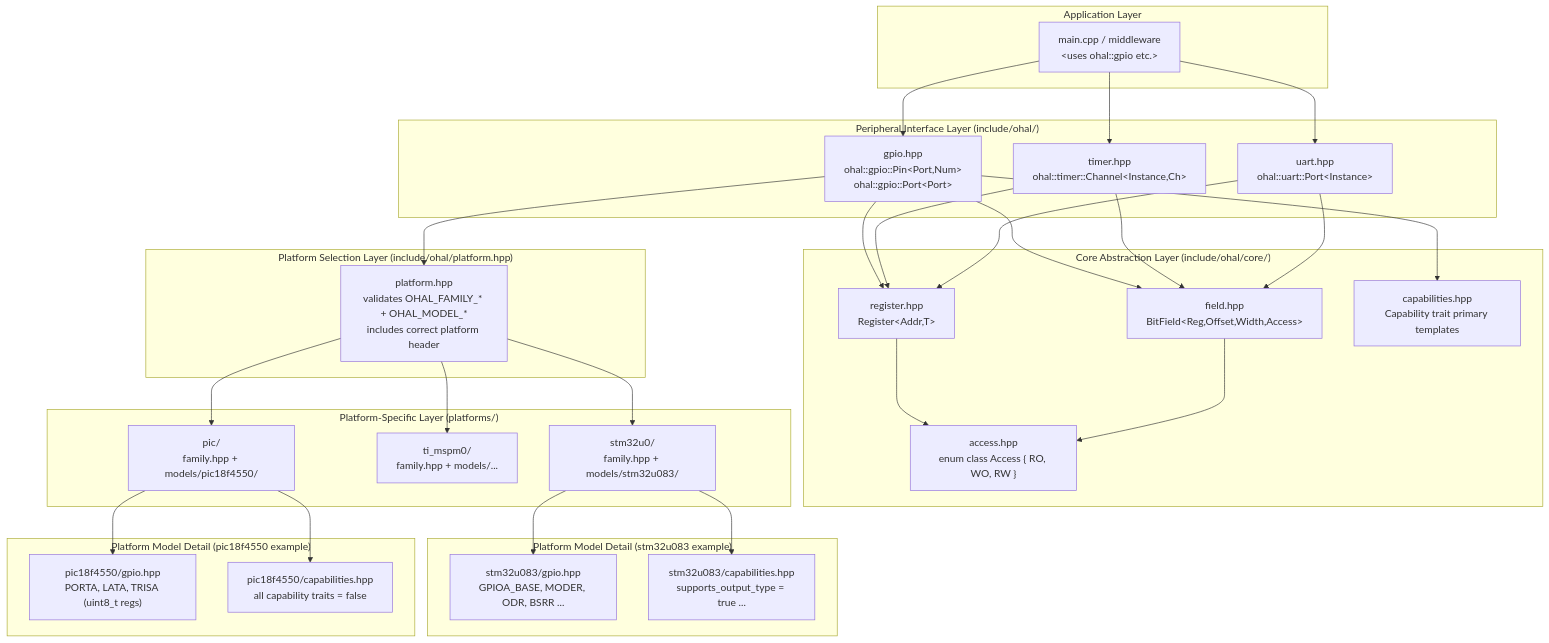
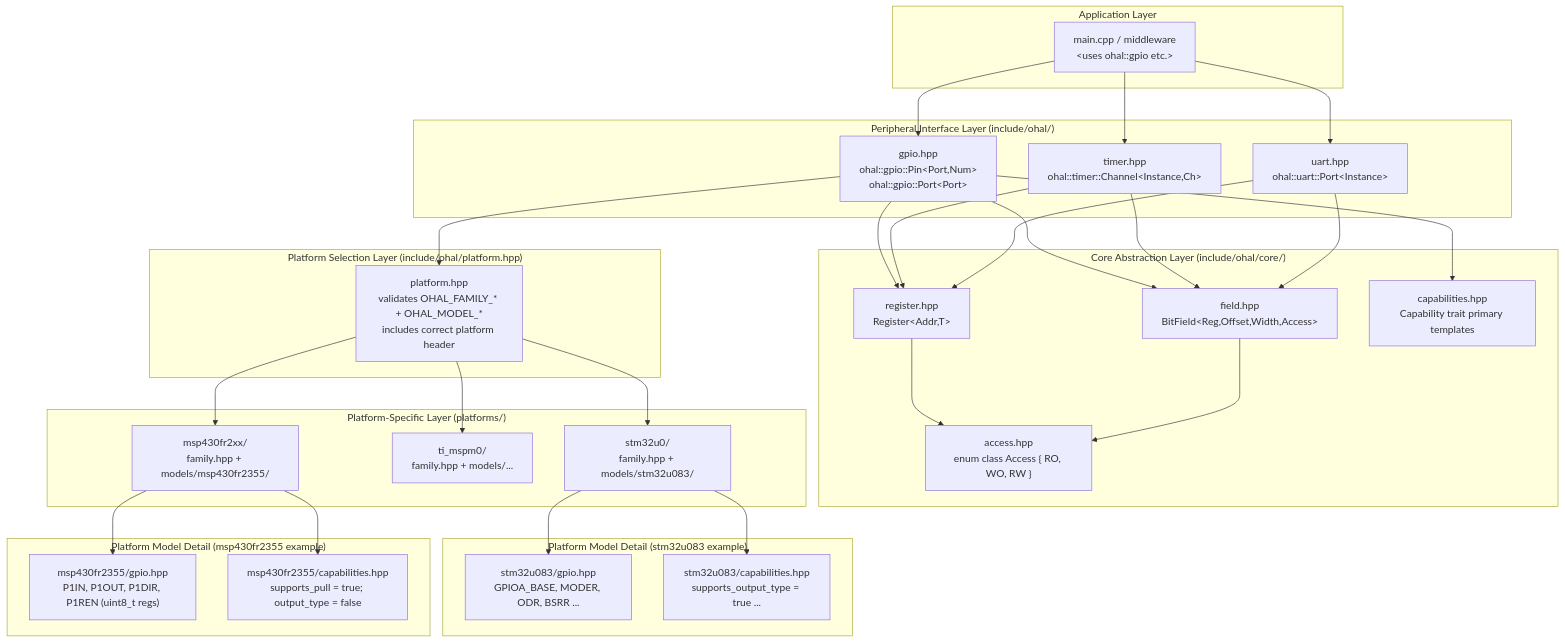
Before and after one commit to grahame-org/ohal: the first of 13 diagrams in docs/plan.md, drawn with Mermaid. The commit also changed other lines of this file and 7 other files, not shown here.

First line of the commit message:
docs: replace PIC18F4550 with MSP430FR2355 in steps 9–16 of plan

````diff
--- a/docs/plan.md
+++ b/docs/plan.md
@@ -81,64 +81,64 @@
 ```mermaid
 graph TD
     subgraph "Application Layer"
         APP["main.cpp / middleware<br/>&lt;uses ohal::gpio etc.&gt;"]
     end
 
     subgraph "Peripheral Interface Layer (include/ohal/)"
         GPIO_IF["gpio.hpp<br/>ohal::gpio::Pin&lt;Port,Num&gt;<br/>ohal::gpio::Port&lt;Port&gt;"]
         TIMER_IF["timer.hpp<br/>ohal::timer::Channel&lt;Instance,Ch&gt;"]
         UART_IF["uart.hpp<br/>ohal::uart::Port&lt;Instance&gt;"]
     end
 
     subgraph "Core Abstraction Layer (include/ohal/core/)"
         REG["register.hpp<br/>Register&lt;Addr,T&gt;"]
         FIELD["field.hpp<br/>BitField&lt;Reg,Offset,Width,Access&gt;"]
         ACCESS["access.hpp<br/>enum class Access { RO, WO, RW }"]
         CAPS["capabilities.hpp<br/>Capability trait primary templates"]
     end
 
     subgraph "Platform Selection Layer (include/ohal/platform.hpp)"
         SEL["platform.hpp<br/>validates OHAL_FAMILY_* + OHAL_MODEL_*<br/>includes correct platform header"]
     end
 
     subgraph "Platform-Specific Layer (platforms/)"
         STM32U0["stm32u0/<br/>family.hpp + models/stm32u083/"]
         MSP["ti_mspm0/<br/>family.hpp + models/..."]
-        PIC["pic/<br/>family.hpp + models/pic18f4550/"]
+        MSP430["msp430fr2xx/<br/>family.hpp + models/msp430fr2355/"]
     end
 
     subgraph "Platform Model Detail (stm32u083 example)"
         STM32U083_GPIO["stm32u083/gpio.hpp<br/>GPIOA_BASE, MODER, ODR, BSRR ..."]
         STM32U083_CAPS["stm32u083/capabilities.hpp<br/>supports_output_type = true ..."]
     end
 
-    subgraph "Platform Model Detail (pic18f4550 example)"
-        PIC18_GPIO["pic18f4550/gpio.hpp<br/>PORTA, LATA, TRISA (uint8_t regs)"]
-        PIC18_CAPS["pic18f4550/capabilities.hpp<br/>all capability traits = false"]
+    subgraph "Platform Model Detail (msp430fr2355 example)"
+        MSP430FR2355_GPIO["msp430fr2355/gpio.hpp<br/>P1IN, P1OUT, P1DIR, P1REN (uint8_t regs)"]
+        MSP430FR2355_CAPS["msp430fr2355/capabilities.hpp<br/>supports_pull = true; output_type = false"]
     end
 
     APP --> GPIO_IF
     APP --> TIMER_IF
     APP --> UART_IF
 
     GPIO_IF --> REG
     GPIO_IF --> FIELD
     GPIO_IF --> CAPS
     TIMER_IF --> REG
     TIMER_IF --> FIELD
     UART_IF --> REG
     UART_IF --> FIELD
 
     REG --> ACCESS
     FIELD --> ACCESS
 
     GPIO_IF --> SEL
     SEL --> STM32U0
     SEL --> MSP
-    SEL --> PIC
+    SEL --> MSP430
 
     STM32U0 --> STM32U083_GPIO
     STM32U0 --> STM32U083_CAPS
-    PIC --> PIC18_GPIO
-    PIC --> PIC18_CAPS
+    MSP430 --> MSP430FR2355_GPIO
+    MSP430 --> MSP430FR2355_CAPS
 ```
````
